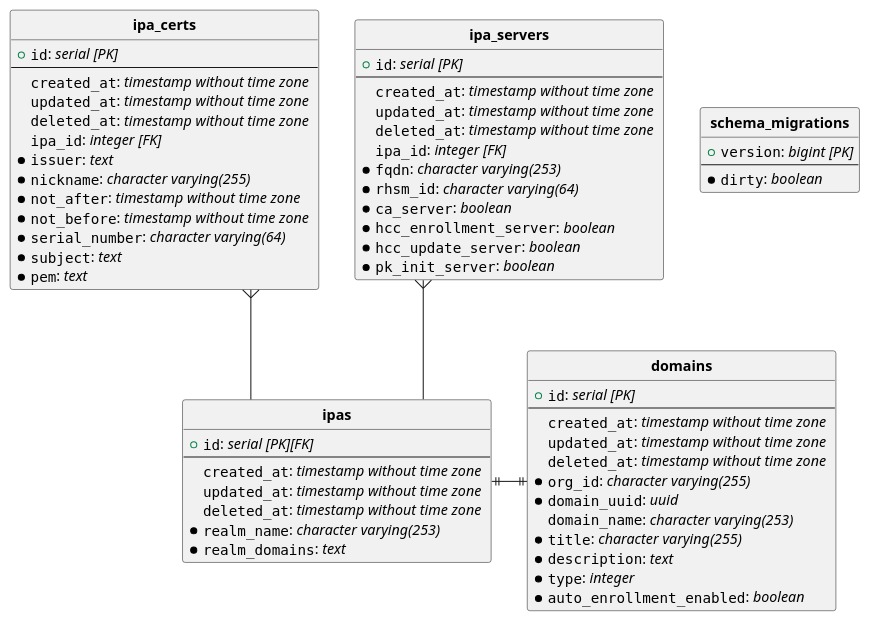
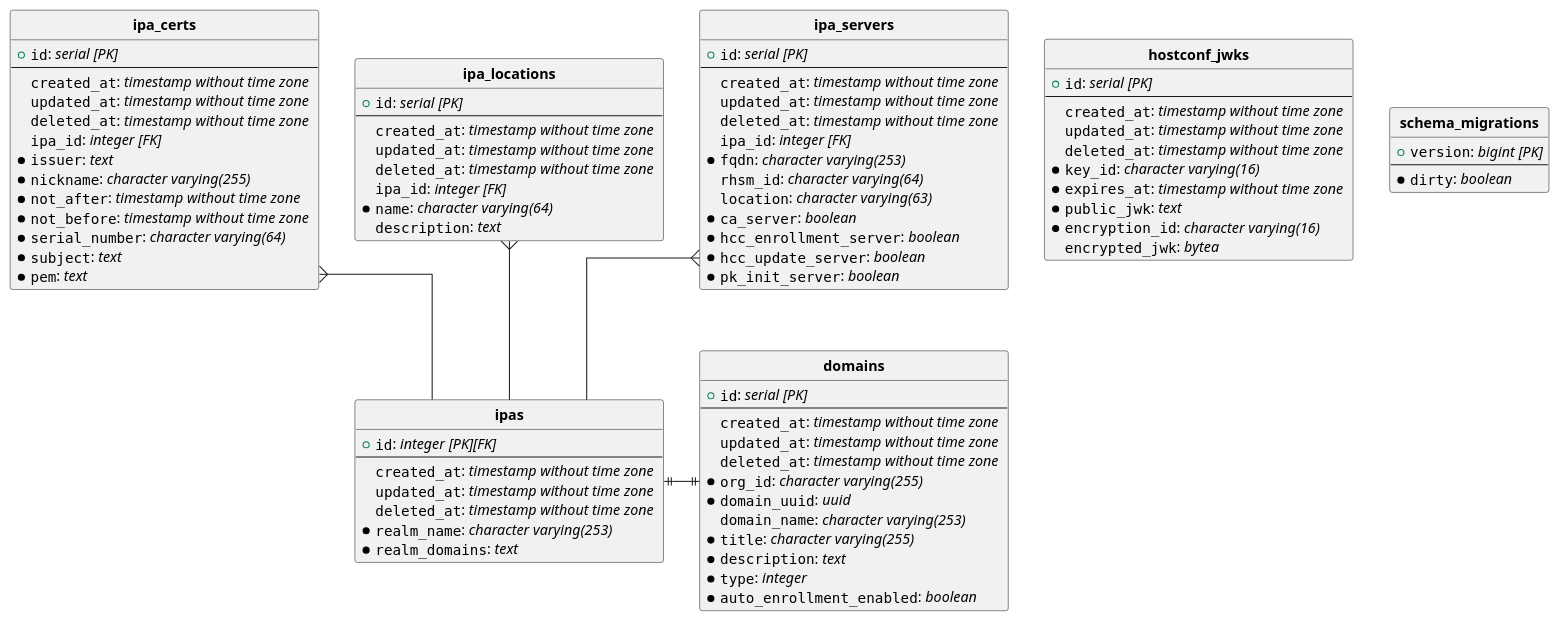
One commit to podengo-project/idmsvc-backend changed the diagram in docs/db-model.puml. Above: the diagram before and after it, drawn with PlantUML.

Commit message:
doc: update db model
This change re-generate the current database model.
By: `make build-all`

```diff
--- a/docs/db-model.puml
+++ b/docs/db-model.puml
@@ -1,72 +1,99 @@
 @startuml
 hide circle
 skinparam linetype ortho
 
 entity "**domains**" {
   + ""id"": //serial [PK]//
   --
   ""created_at"": //timestamp without time zone //
   ""updated_at"": //timestamp without time zone //
   ""deleted_at"": //timestamp without time zone //
   *""org_id"": //character varying(255) //
   *""domain_uuid"": //uuid //
   ""domain_name"": //character varying(253) //
   *""title"": //character varying(255) //
   *""description"": //text //
   *""type"": //integer //
   *""auto_enrollment_enabled"": //boolean //
 }
 
+entity "**hostconf_jwks**" {
+  + ""id"": //serial [PK]//
+  --
+  ""created_at"": //timestamp without time zone //
+  ""updated_at"": //timestamp without time zone //
+  ""deleted_at"": //timestamp without time zone //
+  *""key_id"": //character varying(16) //
+  *""expires_at"": //timestamp without time zone //
+  *""public_jwk"": //text //
+  *""encryption_id"": //character varying(16) //
+  ""encrypted_jwk"": //bytea //
+}
+
 entity "**ipa_certs**" {
   + ""id"": //serial [PK]//
   --
   ""created_at"": //timestamp without time zone //
   ""updated_at"": //timestamp without time zone //
   ""deleted_at"": //timestamp without time zone //
   ""ipa_id"": //integer [FK]//
   *""issuer"": //text //
   *""nickname"": //character varying(255) //
   *""not_after"": //timestamp without time zone //
   *""not_before"": //timestamp without time zone //
   *""serial_number"": //character varying(64) //
   *""subject"": //text //
   *""pem"": //text //
 }
 
+entity "**ipa_locations**" {
+  + ""id"": //serial [PK]//
+  --
+  ""created_at"": //timestamp without time zone //
+  ""updated_at"": //timestamp without time zone //
+  ""deleted_at"": //timestamp without time zone //
+  ""ipa_id"": //integer [FK]//
+  *""name"": //character varying(64) //
+  ""description"": //text //
+}
+
 entity "**ipa_servers**" {
   + ""id"": //serial [PK]//
   --
   ""created_at"": //timestamp without time zone //
   ""updated_at"": //timestamp without time zone //
   ""deleted_at"": //timestamp without time zone //
   ""ipa_id"": //integer [FK]//
   *""fqdn"": //character varying(253) //
-  *""rhsm_id"": //character varying(64) //
+  ""rhsm_id"": //character varying(64) //
+  ""location"": //character varying(63) //
   *""ca_server"": //boolean //
   *""hcc_enrollment_server"": //boolean //
   *""hcc_update_server"": //boolean //
   *""pk_init_server"": //boolean //
 }
 
 entity "**ipas**" {
-  + ""id"": //serial [PK][FK]//
+  + ""id"": //integer [PK][FK]//
   --
   ""created_at"": //timestamp without time zone //
   ""updated_at"": //timestamp without time zone //
   ""deleted_at"": //timestamp without time zone //
   *""realm_name"": //character varying(253) //
   *""realm_domains"": //text //
 }
 
 entity "**schema_migrations**" {
   + ""version"": //bigint [PK]//
   --
   *""dirty"": //boolean //
 }
 
 "**ipa_certs**"   }--  "**ipas**"
 
+"**ipa_locations**"   }--  "**ipas**"
+
 "**ipa_servers**"   }--  "**ipas**"
 
 "**ipas**"  ||-||  "**domains**"
 @enduml
```
